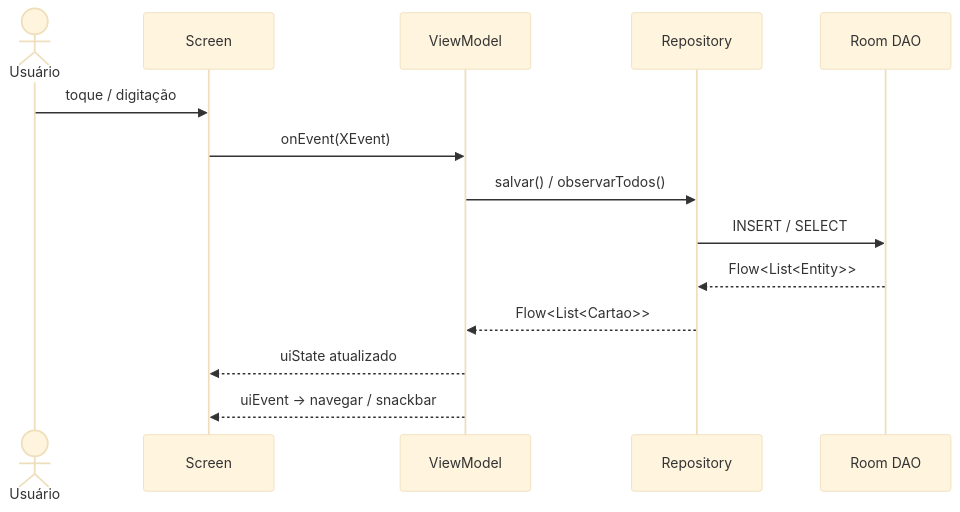
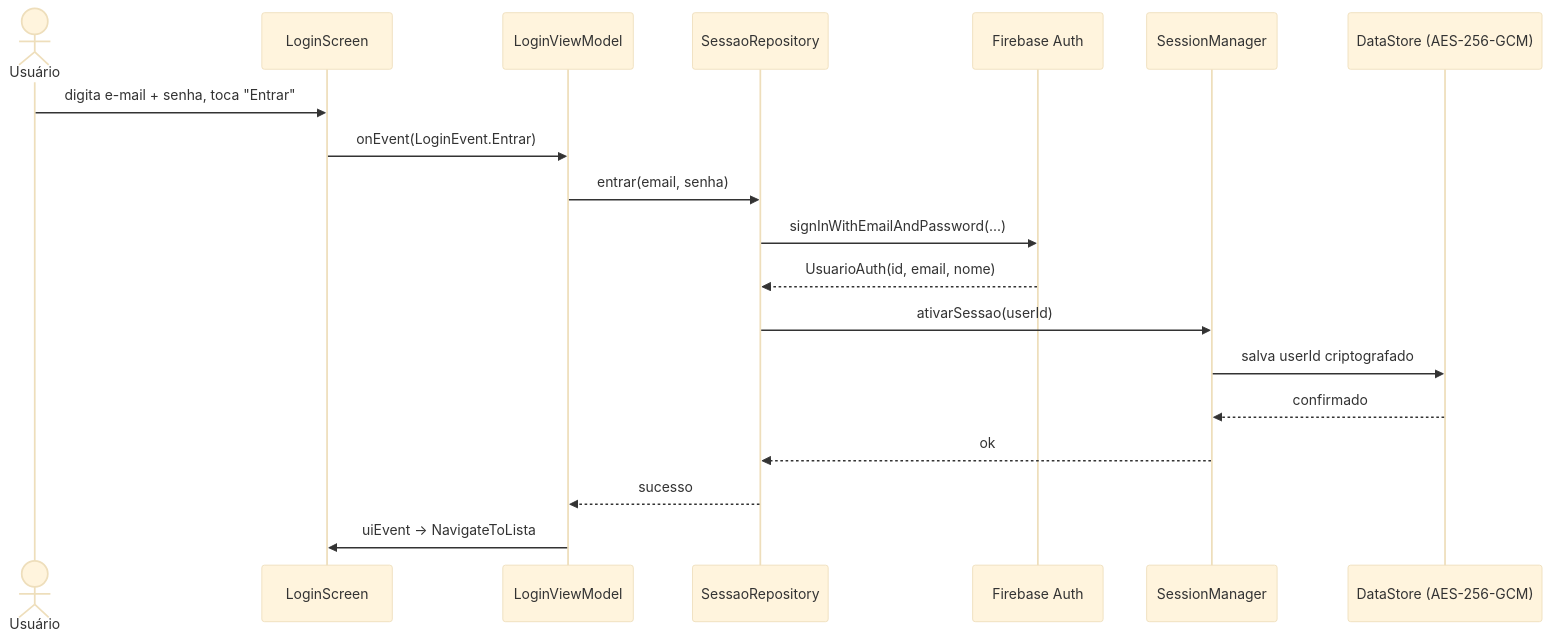
The fourth of 5 diagrams in README.md (fsales/capgemini-proway-projeto-final), drawn with Mermaid (base theme) before and after one commit. The commit also changed other lines of this file and 23 other files, not shown here.

Commit message:
feat: implementado uso do login social e integração com o firebase

````diff
--- a/README.md
+++ b/README.md
@@ -127,17 +475,22 @@
 ```mermaid
 sequenceDiagram
     actor U as Usuário
-    participant S as Screen
-    participant VM as ViewModel
-    participant R as Repository
-    participant DB as Room DAO
+    participant App as LoginScreen
+    participant VM as LoginViewModel
+    participant SR as SessaoRepository
+    participant FB as Firebase Auth
+    participant SM as SessionManager
+    participant DS as DataStore (AES-256-GCM)
 
-    U->>S: toque / digitação
-    S->>VM: onEvent(XEvent)
-    VM->>R: salvar() / observarTodos()
-    R->>DB: INSERT / SELECT
-    DB-->>R: Flow<List<Entity>>
-    R-->>VM: Flow<List<Cartao>>
-    VM-->>S: uiState atualizado
-    VM-->>S: uiEvent → navegar / snackbar
+    U->>App: digita e-mail + senha, toca "Entrar"
+    App->>VM: onEvent(LoginEvent.Entrar)
+    VM->>SR: entrar(email, senha)
+    SR->>FB: signInWithEmailAndPassword(...)
+    FB-->>SR: UsuarioAuth(id, email, nome)
+    SR->>SM: ativarSessao(userId)
+    SM->>DS: salva userId criptografado
+    DS-->>SM: confirmado
+    SM-->>SR: ok
+    SR-->>VM: sucesso
+    VM->>App: uiEvent → NavigateToLista
 ```
````
